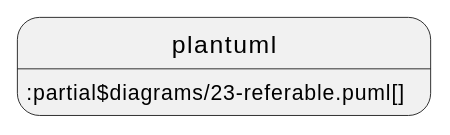
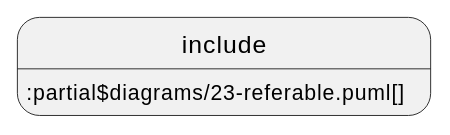
The ninth of 9 diagrams in documentation/IDTA-01001/modules/ROOT/pages/spec-metamodel/common.adoc (acplt/aas-specs), drawn with PlantUML before and after one commit. The commit also changed other lines of this file and 14 other files, not shown here.

First line of the commit message:
Revert "Use plantuml instead of include and test ./"

```diff
--- a/documentation/IDTA-01001/modules/ROOT/pages/spec-metamodel/common.adoc
+++ b/documentation/IDTA-01001/modules/ROOT/pages/spec-metamodel/common.adoc
@@ -584,4 +584,4 @@
 [plantuml, 23-referable, svg]
 ....
-plantuml::partial$diagrams/23-referable.puml[]
+include::partial$diagrams/23-referable.puml[]
 ....
```
